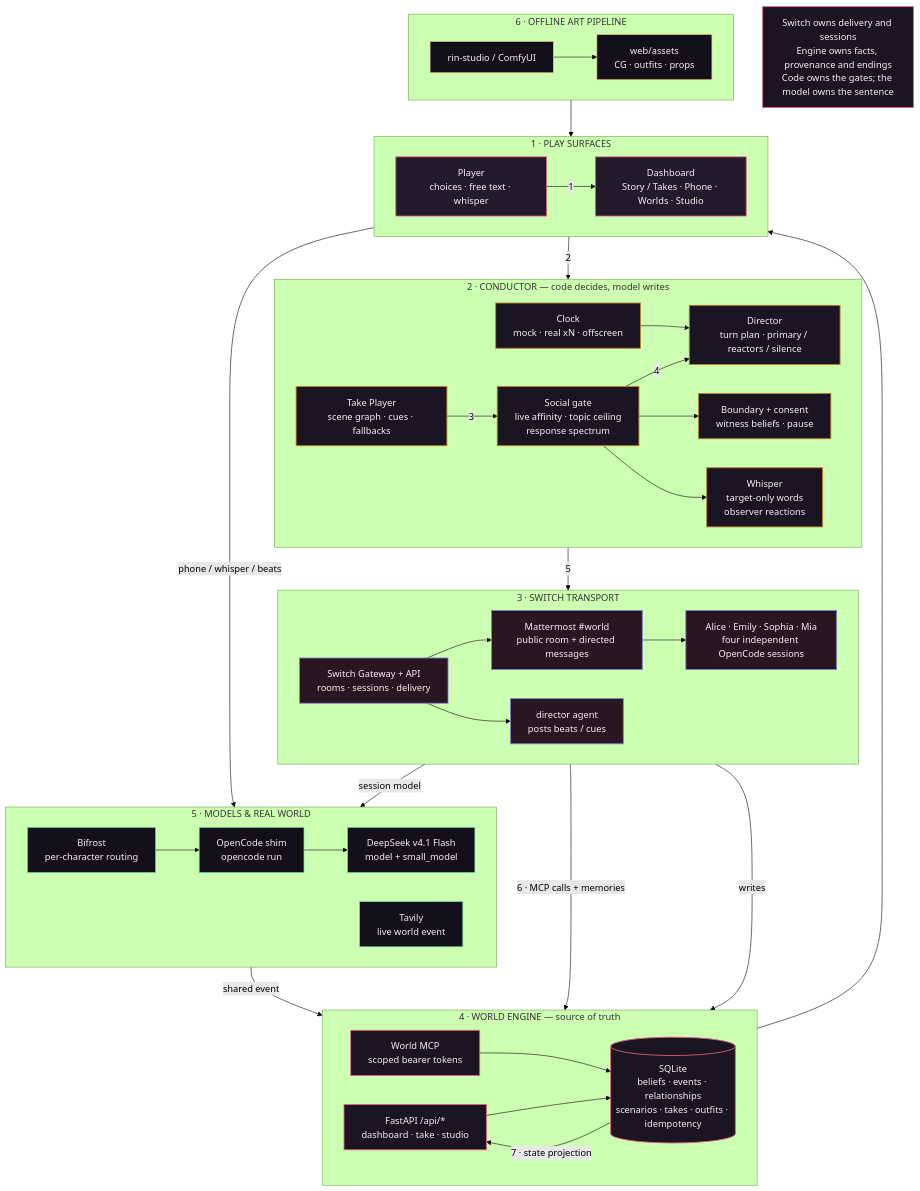
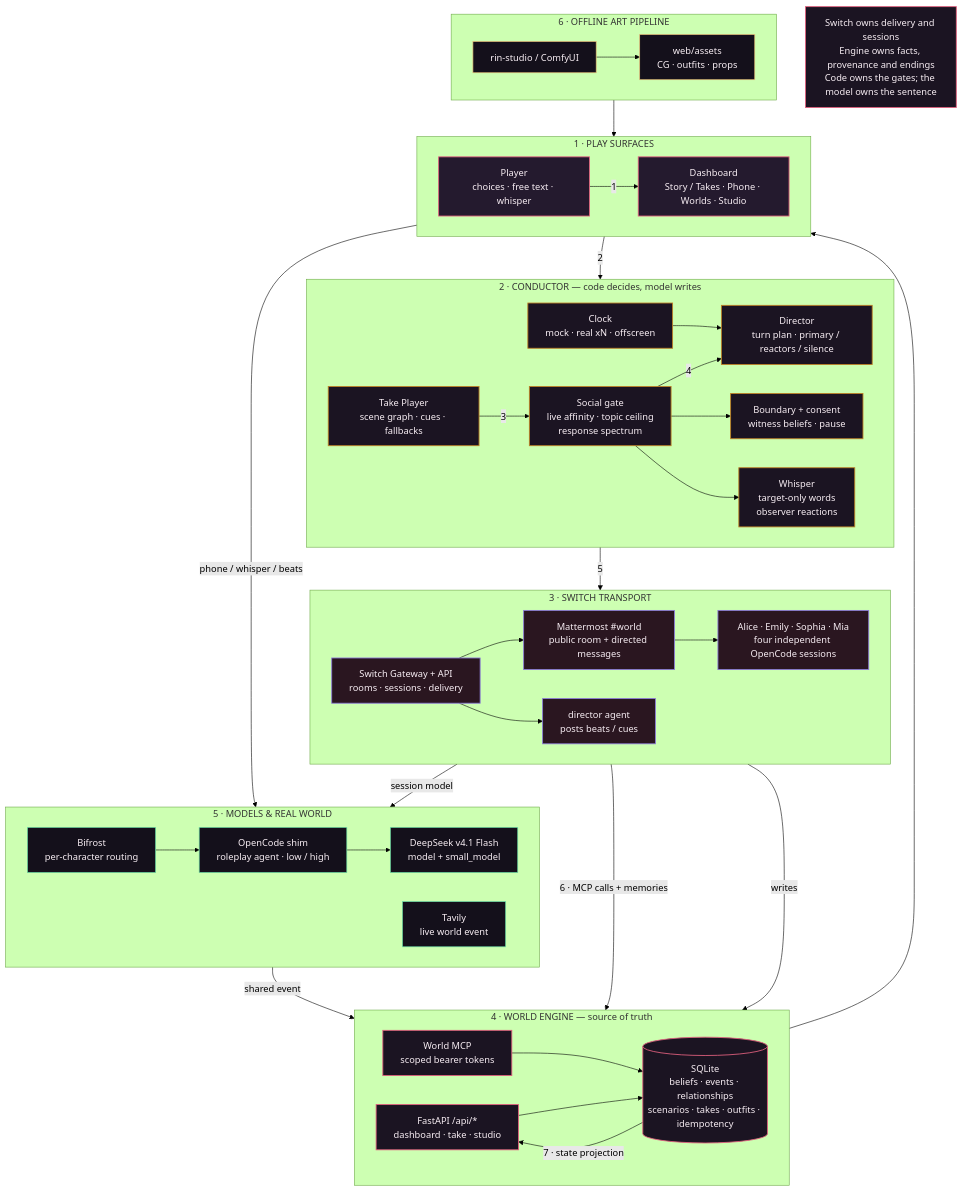
One commit to charlot3/switch-world changed the diagram in docs/architecture.mmd. Above: the diagram before and after it, drawn with Mermaid (forest theme). The commit also changed 71 other files, not shown here.

```diff
--- a/docs/architecture.mmd
+++ b/docs/architecture.mmd
@@ -1,79 +1,79 @@
 flowchart TB
   classDef play fill:#241a2e,stroke:#e0607e,color:#f7edf3,stroke-width:1.5px
   classDef conductor fill:#1b1422,stroke:#bd7f24,color:#f7edf3,stroke-width:1.5px
   classDef switch fill:#2a1620,stroke:#8b7bd8,color:#f7edf3,stroke-width:1.5px
   classDef engine fill:#1b1422,stroke:#e0607e,color:#f7edf3,stroke-width:1.5px
   classDef model fill:#14101b,stroke:#6fe0a8,color:#f7edf3,stroke-width:1.2px
   classDef art fill:#14101b,stroke:#e8c07a,color:#f7edf3,stroke-width:1.2px
 
   subgraph PLAY["1 · PLAY SURFACES"]
     direction LR
     P["Player<br/>choices · free text · whisper"]:::play
     D["Dashboard<br/>Story / Takes · Phone · Worlds · Studio"]:::play
   end
 
   subgraph CONDUCTOR["2 · CONDUCTOR — code decides, model writes"]
     direction LR
     T["Take Player<br/>scene graph · cues · fallbacks"]:::conductor
     S["Social gate<br/>live affinity · topic ceiling<br/>response spectrum"]:::conductor
     B["Boundary + consent<br/>witness beliefs · pause"]:::conductor
     W["Whisper<br/>target-only words<br/>observer reactions"]:::conductor
     C["Clock<br/>mock · real xN · offscreen"]:::conductor
     DIR["Director<br/>turn plan · primary / reactors / silence"]:::conductor
   end
 
   subgraph SWITCH["3 · SWITCH TRANSPORT"]
     direction LR
     SW["Switch Gateway + API<br/>rooms · sessions · delivery"]:::switch
     MM["Mattermost #world<br/>public room + directed messages"]:::switch
     AG["Alice · Emily · Sophia · Mia<br/>four independent OpenCode sessions"]:::switch
     DR["director agent<br/>posts beats / cues"]:::switch
   end
 
   subgraph ENGINE["4 · WORLD ENGINE — source of truth"]
     direction LR
     API["FastAPI /api/*<br/>dashboard · take · studio"]:::engine
     MCP["World MCP<br/>scoped bearer tokens"]:::engine
     DB[("SQLite<br/>beliefs · events · relationships<br/>scenarios · takes · outfits · idempotency")]:::engine
   end
 
   subgraph MODELS["5 · MODELS & REAL WORLD"]
     direction LR
     BF["Bifrost<br/>per-character routing"]:::model
-    OC["OpenCode shim<br/>opencode run"]:::model
+    OC["OpenCode shim<br/>roleplay agent · low / high"]:::model
     DS["DeepSeek v4.1 Flash<br/>model + small_model"]:::model
     TV["Tavily<br/>live world event"]:::model
   end
 
   subgraph ART["6 · OFFLINE ART PIPELINE"]
     direction LR
     RS["rin-studio / ComfyUI"]:::art
     A["web/assets<br/>CG · outfits · props"]:::art
   end
 
   P -->|"1"| D
   D -->|"2"| T
   T -->|"3"| S
   S -->|"4"| DIR
   S --> B
   S --> W
   C --> DIR
   DIR -->|"5"| SW
   SW --> MM
   MM --> AG
   SW --> DR
   AG -->|"6 · MCP calls + memories"| MCP
   DR -->|"writes"| API
   MCP --> DB
   API --> DB
   DB -->|"7 · state projection"| API
   API --> D
   D -->|"phone / whisper / beats"| BF
   BF --> OC
   OC --> DS
   AG -->|"session model"| DS
   TV -->|"shared event"| API
   RS --> A
   A --> D
 
   LEGEND["Switch owns delivery and sessions<br/>Engine owns facts, provenance and endings<br/>Code owns the gates; the model owns the sentence"]:::engine
```
